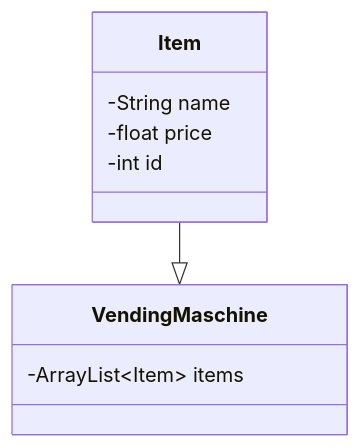
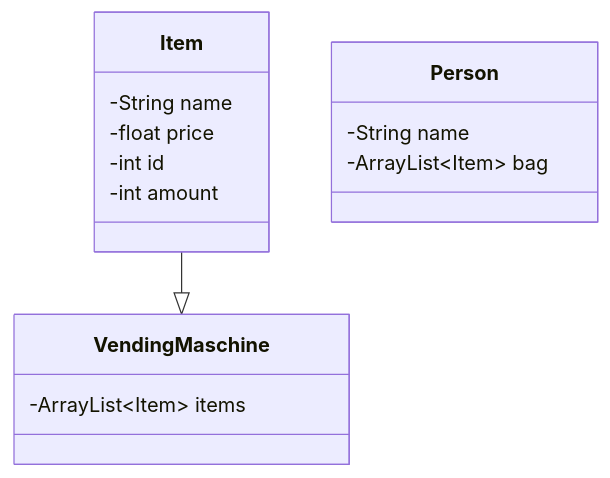
The diagram in README.md (Timofey-Makhankov/Snack-Automat), drawn with Mermaid before and after one commit. The commit also changed 3 other files, not shown here.

````diff
--- a/README.md
+++ b/README.md
@@ -5,15 +5,21 @@
 ```mermaid
     classDiagram
     class VendingMaschine{
         -ArrayList~Item~ items
         
     }
 
     class Item {
         -String name
         -float price
         -int id
+        -int amount
+    }
+
+    class Person {
+        -String name
+        -ArrayList~Item~ bag
     }
 
     Item --|>VendingMaschine
 ```
````
